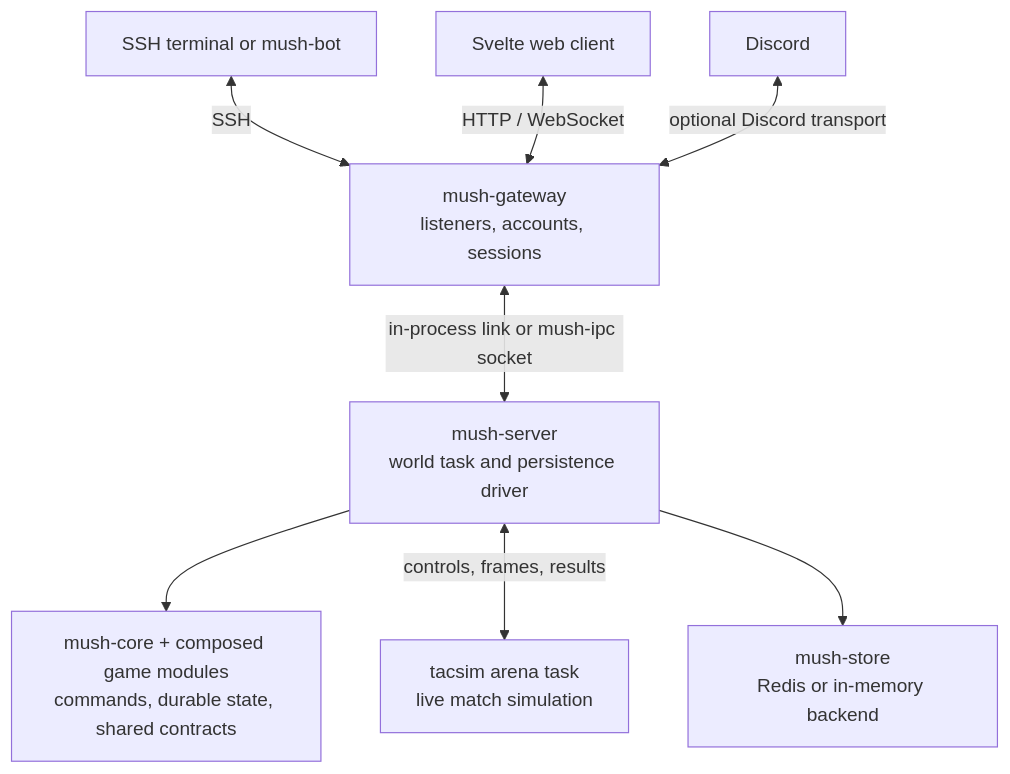
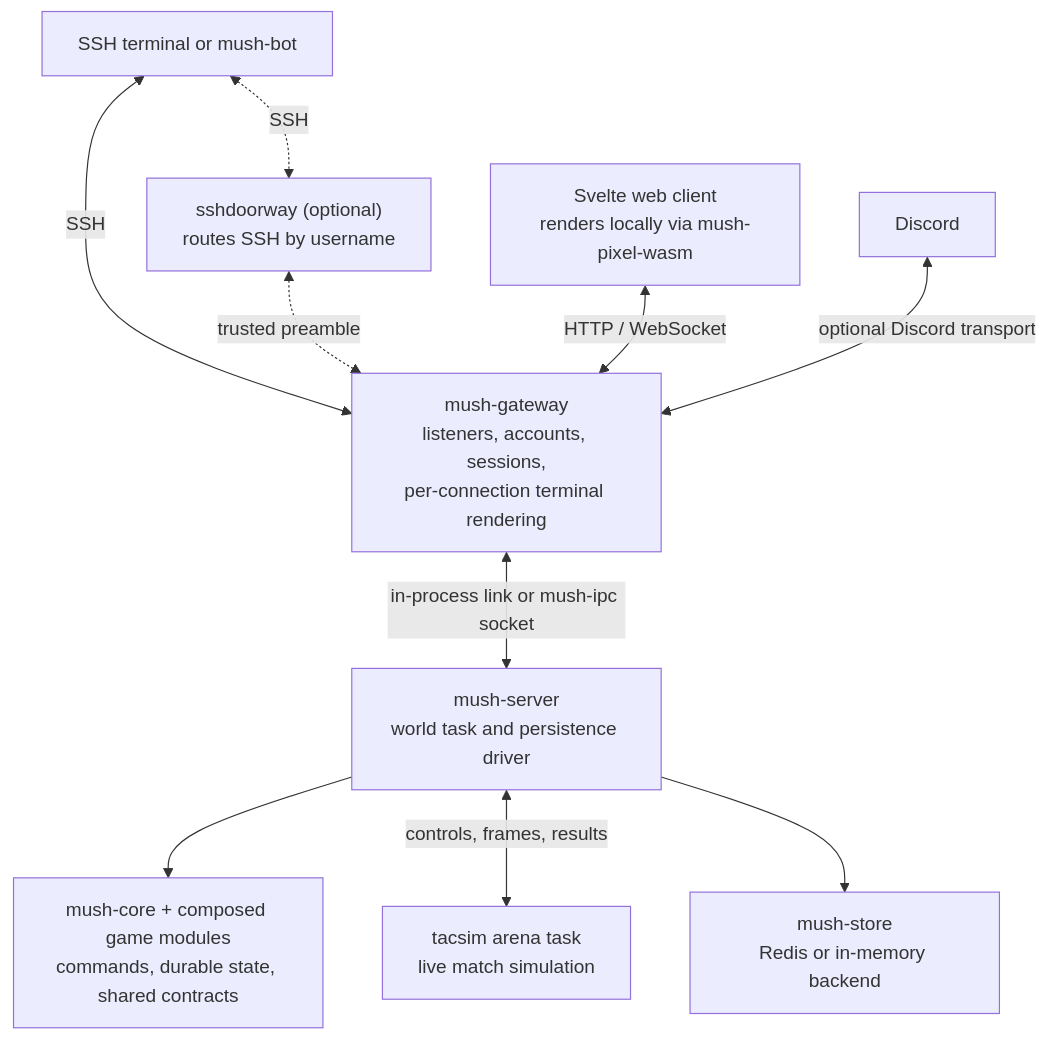
One commit to conclavio/rustmush changed the diagram in crates/README.md. Above: the diagram before and after it, drawn with Mermaid. The commit also changed other lines of this file and 4 other files, not shown here.

````diff
--- a/crates/README.md
+++ b/crates/README.md
@@ -13,19 +13,22 @@
 ```mermaid
 flowchart TB
     terminal[SSH terminal or mush-bot]
-    browser[Svelte web client]
+    doorway["sshdoorway (optional)<br/>routes SSH by username"]
+    browser["Svelte web client<br/>renders locally via mush-pixel-wasm"]
     discord[Discord]
-    gateway["mush-gateway<br/>listeners, accounts, sessions"]
+    gateway["mush-gateway<br/>listeners, accounts, sessions,<br/>per-connection terminal rendering"]
     server["mush-server<br/>world task and persistence driver"]
     core["mush-core + composed game modules<br/>commands, durable state, shared contracts"]
     arena["tacsim arena task<br/>live match simulation"]
     store["mush-store<br/>Redis or in-memory backend"]
 
     terminal <-->|SSH| gateway
+    terminal <-.->|SSH| doorway
+    doorway <-.->|trusted preamble| gateway
     browser <-->|HTTP / WebSocket| gateway
     discord <-->|optional Discord transport| gateway
     gateway <-->|in-process link or mush-ipc socket| server
     server --> core
     server <-->|controls, frames, results| arena
     server --> store
 ```
````
